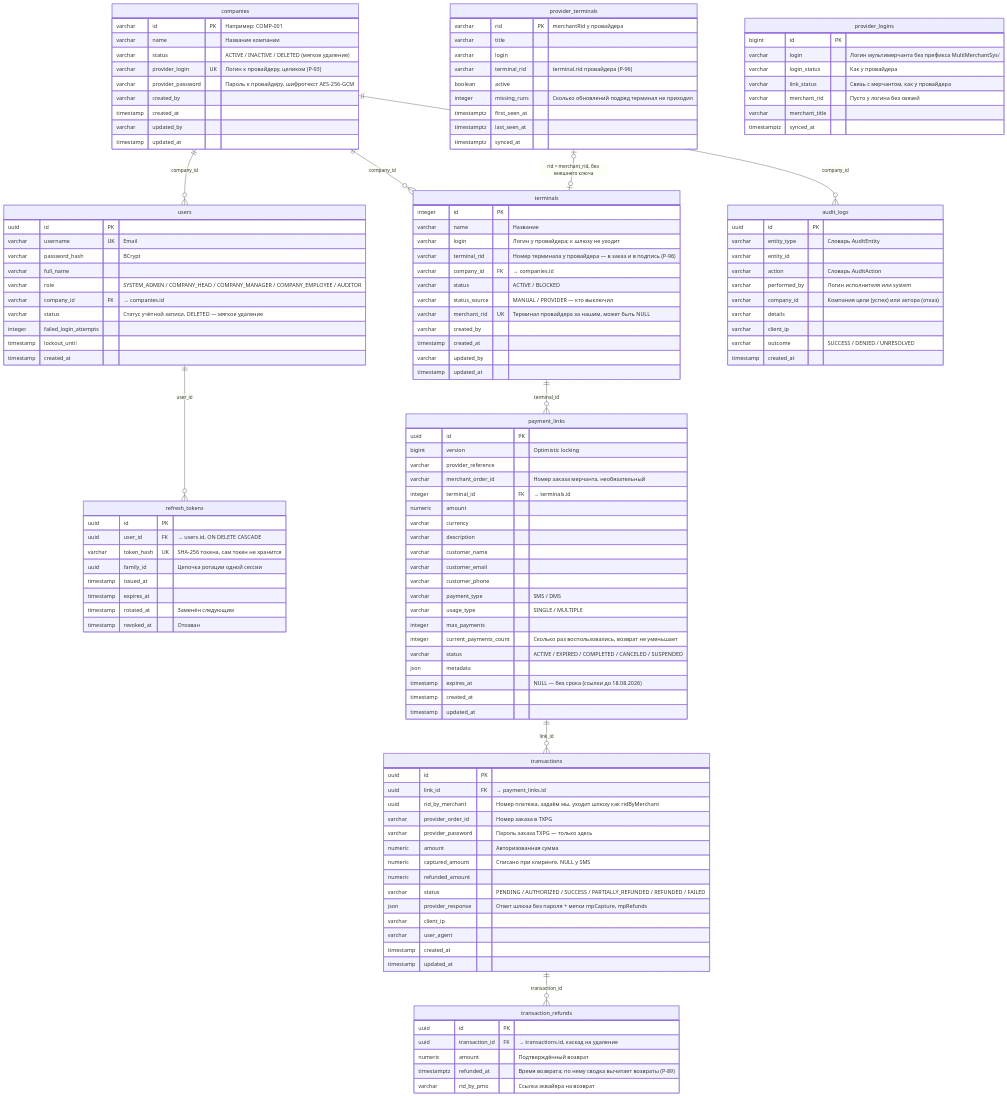
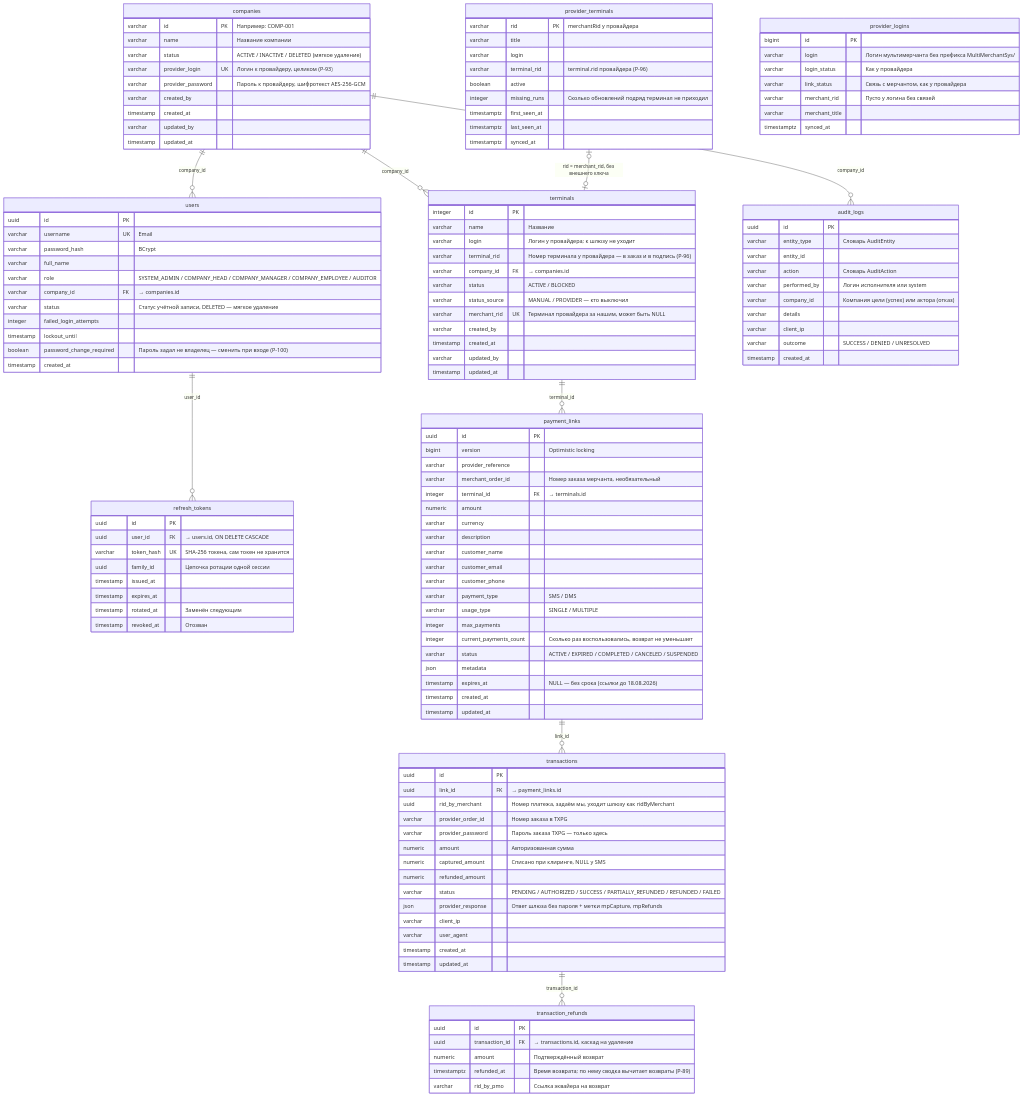
One commit to Gaena/merchant-portal-mk changed the second of 4 diagrams in project_docs/application_description.md. Above: the diagram before and after it, drawn with Mermaid. The commit also changed other lines of this file and 30 other files, not shown here.

```diff
--- a/project_docs/application_description.md
+++ b/project_docs/application_description.md
@@ -214,6 +214,7 @@
         varchar status "Статус учётной записи, DELETED — мягкое удаление"
         integer failed_login_attempts
         timestamp lockout_until
+        boolean password_change_required "Пароль задал не владелец — сменить при входе (Р-100)"
         timestamp created_at
     }
 
```
